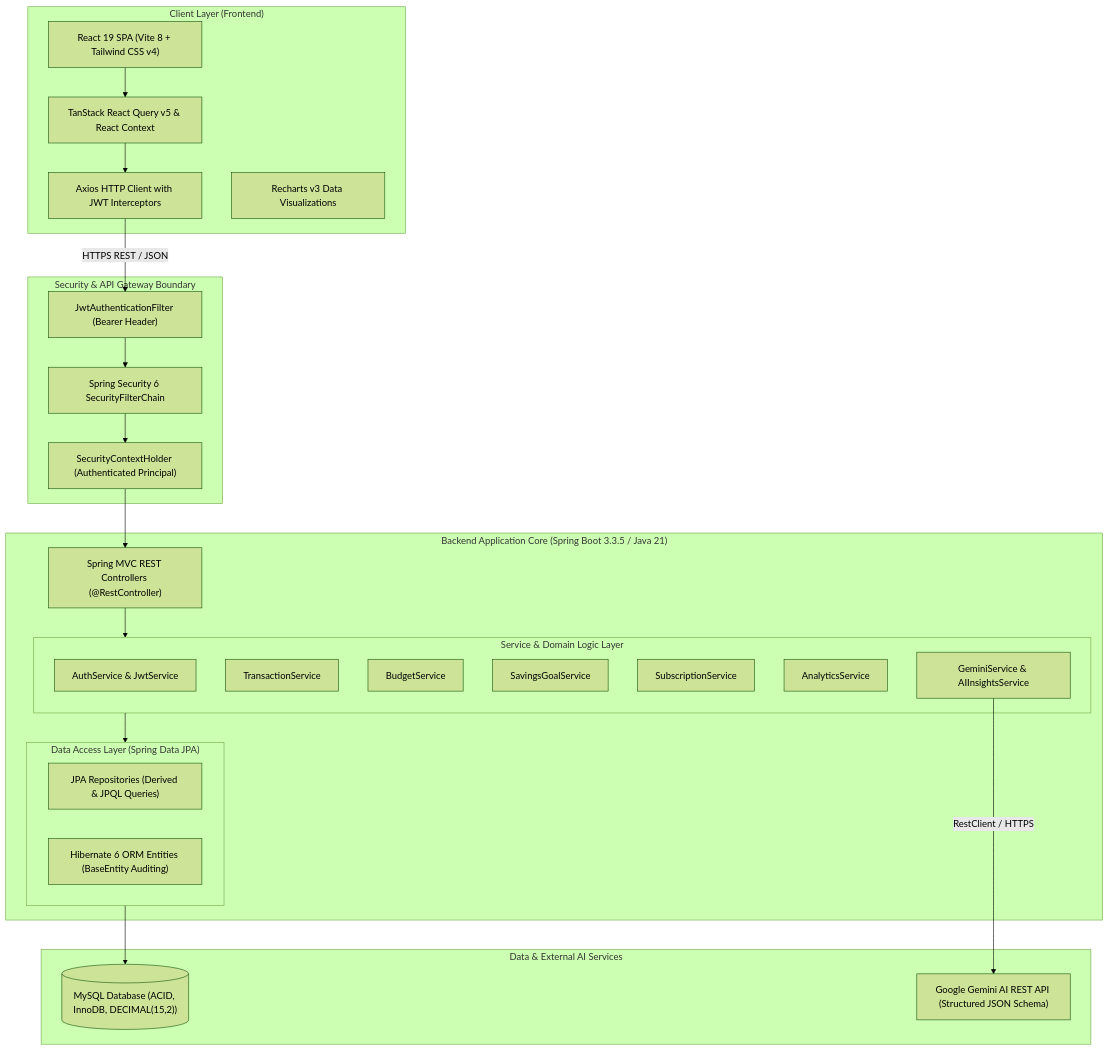
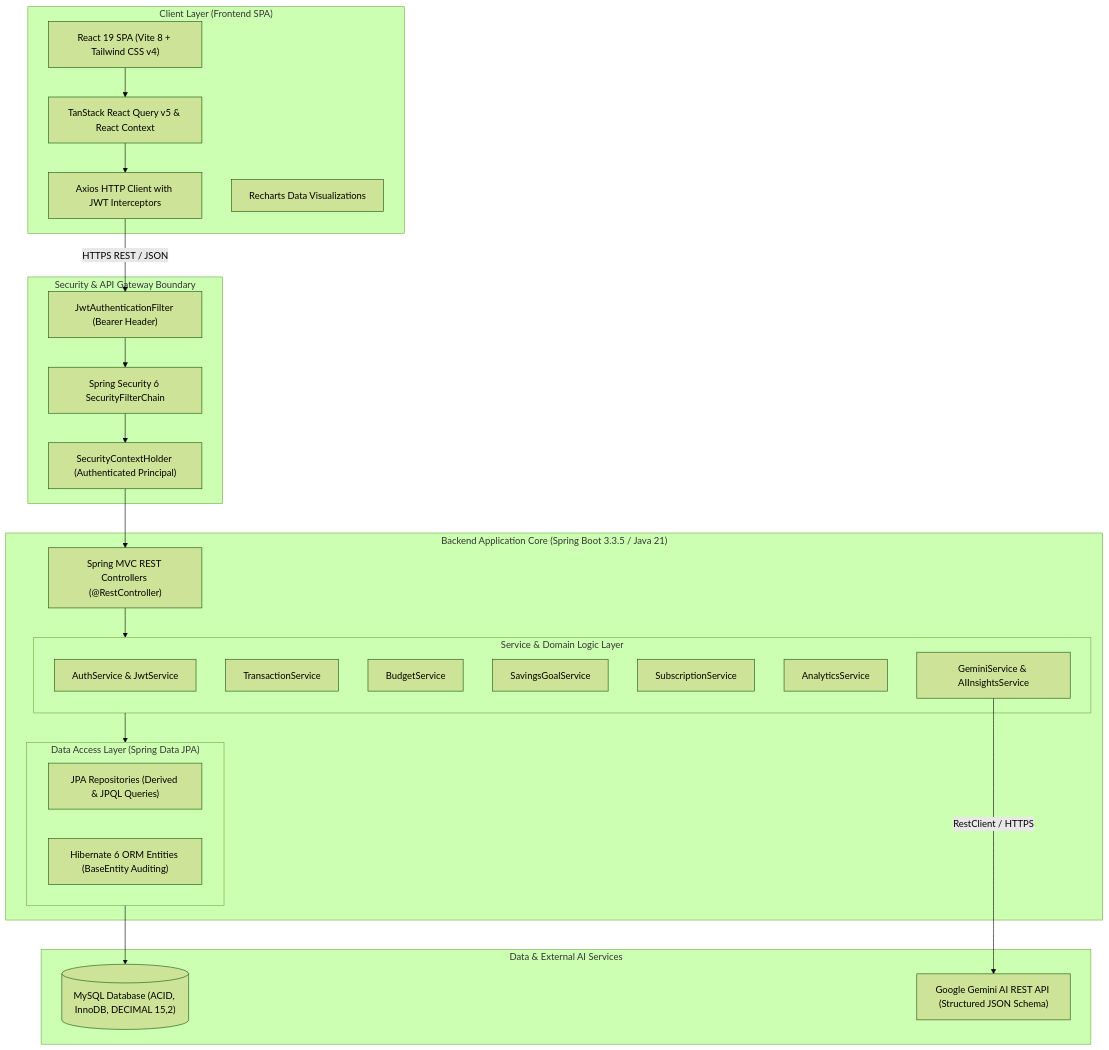
Before and after one commit to Heer2401/LedgeX: the first of 4 diagrams in UBIQUITOUS_LANGUAGE.md, drawn with Mermaid (forest theme). The commit also changed other lines of this file, not shown here.

Commit message:
docs(domain): update UBIQUITOUS_LANGUAGE.md with consolidated DDD specification and technical stack architecture

````diff
--- a/UBIQUITOUS_LANGUAGE.md
+++ b/UBIQUITOUS_LANGUAGE.md
@@ -18,50 +26,50 @@
 ```mermaid
 graph TB
-    subgraph ClientLayer ["Client Layer (Frontend)"]
+    subgraph ClientLayer ["Client Layer (Frontend SPA)"]
         UI["React 19 SPA (Vite 8 + Tailwind CSS v4)"]
         State["TanStack React Query v5 & React Context"]
         HTTPClient["Axios HTTP Client with JWT Interceptors"]
-        Charts["Recharts v3 Data Visualizations"]
+        Charts["Recharts Data Visualizations"]
     end
 
     subgraph SecurityBoundary ["Security & API Gateway Boundary"]
         Filter["JwtAuthenticationFilter (Bearer Header)"]
         SecConfig["Spring Security 6 SecurityFilterChain"]
         UserContext["SecurityContextHolder (Authenticated Principal)"]
     end
 
     subgraph BackendCore ["Backend Application Core (Spring Boot 3.3.5 / Java 21)"]
         Controllers["Spring MVC REST Controllers (@RestController)"]
         
         subgraph DomainServices ["Service & Domain Logic Layer"]
             AuthSvc["AuthService & JwtService"]
             TxSvc["TransactionService"]
             BudgetSvc["BudgetService"]
             SavingsSvc["SavingsGoalService"]
             SubSvc["SubscriptionService"]
             AnalyticsSvc["AnalyticsService"]
             GeminiSvc["GeminiService & AIInsightsService"]
         end
 
         subgraph DataAccess ["Data Access Layer (Spring Data JPA)"]
             Repos["JPA Repositories (Derived & JPQL Queries)"]
             Entities["Hibernate 6 ORM Entities (BaseEntity Auditing)"]
         end
     end
 
     subgraph ExternalServices ["Data & External AI Services"]
-        DB[("MySQL Database (ACID, InnoDB, DECIMAL(15,2))")]
+        DB[("MySQL Database (ACID, InnoDB, DECIMAL 15,2)")]
         GeminiAPI["Google Gemini AI REST API (Structured JSON Schema)"]
     end
 
     UI --> State
     State --> HTTPClient
     HTTPClient -->|HTTPS REST / JSON| Filter
     Filter --> SecConfig
     SecConfig --> UserContext
     UserContext --> Controllers
     Controllers --> DomainServices
     DomainServices --> DataAccess
     DataAccess --> DB
     GeminiSvc -->|RestClient / HTTPS| GeminiAPI
 ```
````
